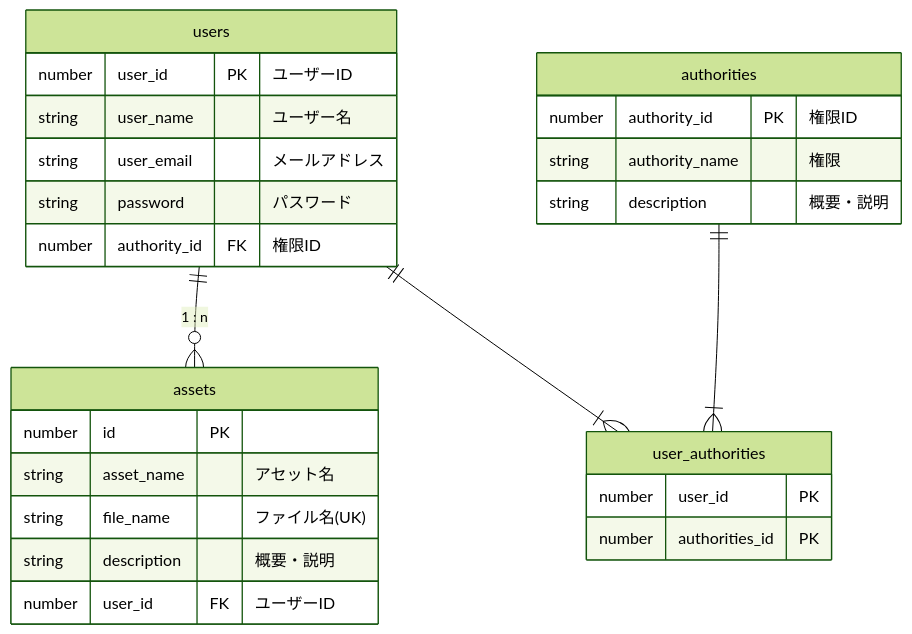
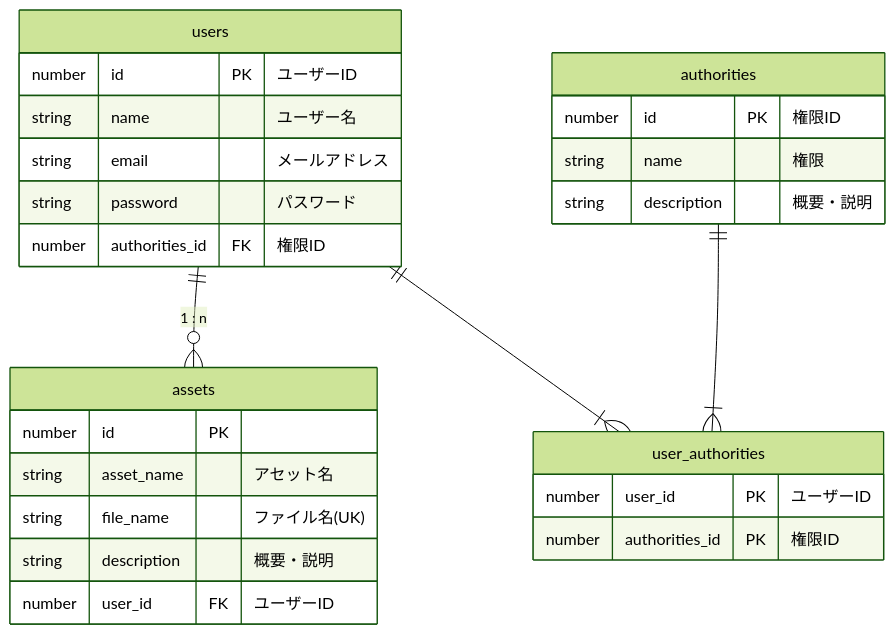
Before and after one commit to illionillion/ra-assets-share-dev: the diagram in ER-Diagram.md, drawn with Mermaid (forest theme). The commit also changed 1 other file, not shown here.

Commit message:
修正

````diff
--- a/ER-Diagram.md
+++ b/ER-Diagram.md
@@ -3,35 +3,35 @@
 ```mermaid
 erDiagram
 
 users ||--o{ assets: "1 : n"
 users ||--|{ user_authorities: ""
 authorities ||--|{ user_authorities: ""
 
 assets {
     number id PK ""
     string asset_name "アセット名"
     string file_name  "ファイル名(UK)"
     string description "概要・説明"
     number user_id FK "ユーザーID"
 }
 
 users {
-    number user_id PK "ユーザーID"
-    string user_name "ユーザー名"
-    string user_email "メールアドレス"
+    number id PK "ユーザーID"
+    string name "ユーザー名"
+    string email "メールアドレス"
     string password "パスワード"
-    number authority_id FK "権限ID"
+    number authorities_id FK "権限ID"
 }
 
 authorities {
-    number authority_id PK "権限ID"
-    string authority_name "権限"
+    number id PK "権限ID"
+    string name "権限"
     string description "概要・説明"
 }
 
 user_authorities {
-    number user_id PK 
-    number authorities_id PK 
+    number user_id PK "ユーザーID"
+    number authorities_id PK "権限ID"
 }
 
 ```
````
